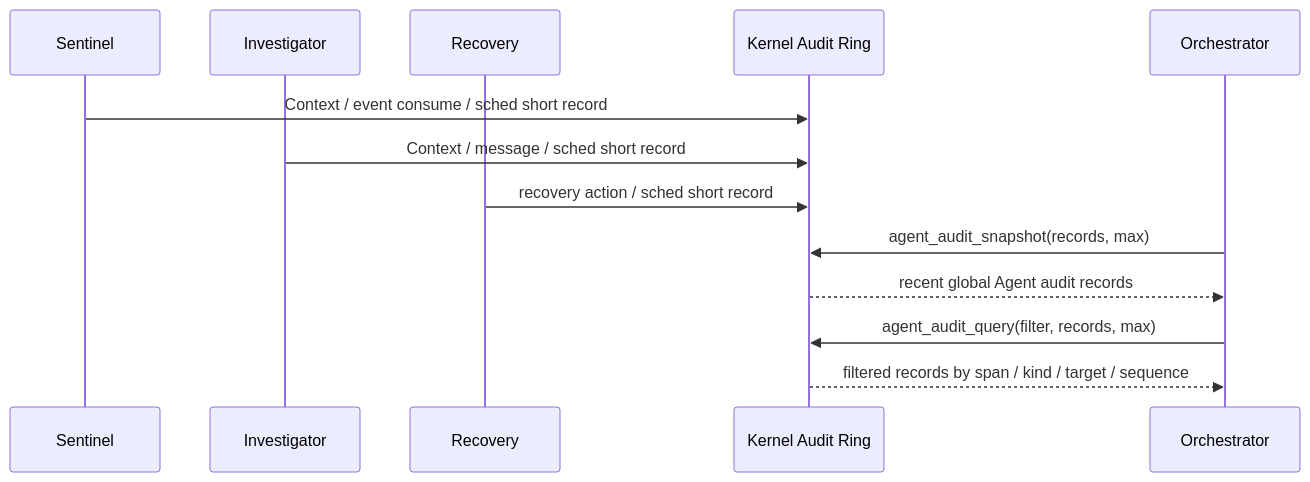
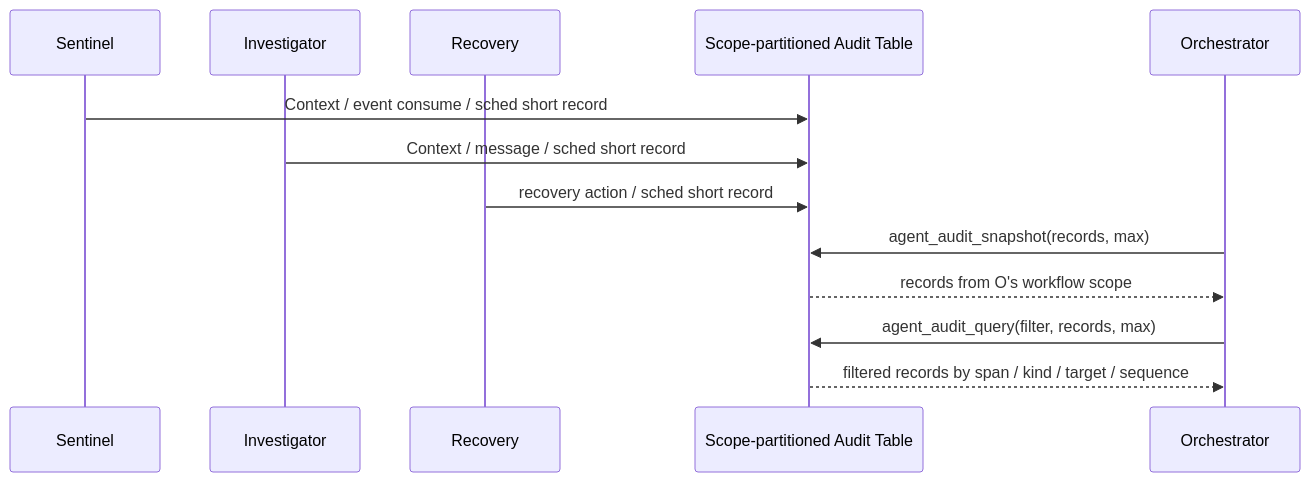
The seventh of 11 diagrams in docs/agentos/design.md (yushugulao/Agent-OS), drawn with Mermaid before and after one commit. The commit also changed other lines of this file and 51 other files, not shown here.

````diff
--- a/docs/agentos/design.md
+++ b/docs/agentos/design.md
@@ -254,15 +261,15 @@
 ```mermaid
 sequenceDiagram
     participant S as Sentinel
     participant I as Investigator
     participant R as Recovery
-    participant K as Kernel Audit Ring
+    participant K as Scope-partitioned Audit Table
     participant O as Orchestrator
     S->>K: Context / event consume / sched short record
     I->>K: Context / message / sched short record
     R->>K: recovery action / sched short record
     O->>K: agent_audit_snapshot(records, max)
-    K-->>O: recent global Agent audit records
+    K-->>O: records from O's workflow scope
     O->>K: agent_audit_query(filter, records, max)
     K-->>O: filtered records by span / kind / target / sequence
 ```
````
